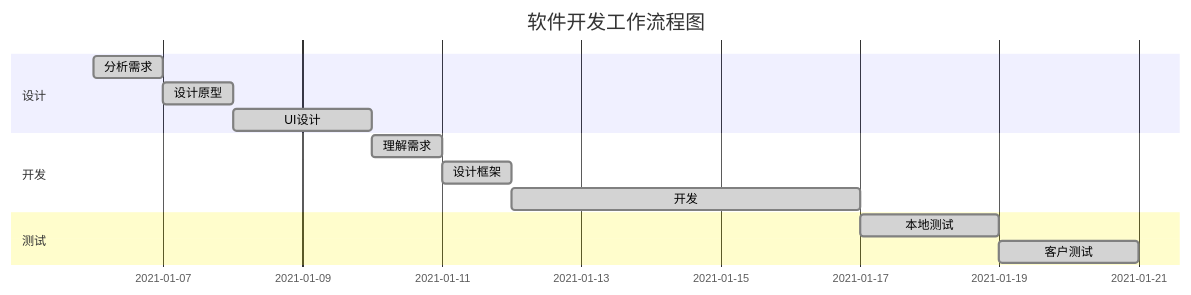
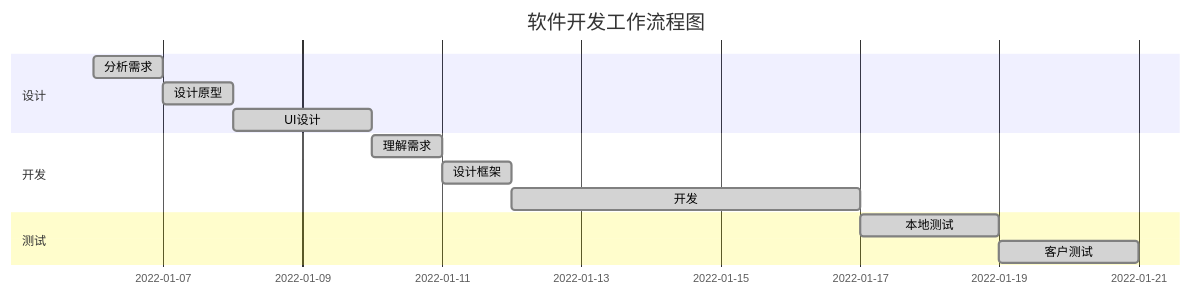
The fifth of 5 diagrams in 笔记/Markdown语法.md (wly130/notes), drawn with Mermaid before and after one commit. The commit also changed 16 other files, not shown here.

````diff
--- a/笔记/Markdown语法.md
+++ b/笔记/Markdown语法.md
@@ -179,19 +179,19 @@
 ```mermaid
 gantt
 	dateFormat  YYYY-MM-DD
 	title 软件开发工作流程图
 
 	section 设计
-	分析需求:done,des1, 2021-01-06,1d
+	分析需求:done,des1, 2022-01-06,1d
 	设计原型:done,des2, after des1, 1d
 	UI设计:done,des3, after des2, 2d
 
 	section 开发
 	理解需求:done,des4, after des3, 1d
 	设计框架:done, des5, after des4, 1d
 	开发:done, des6, after des5, 5d
 
 	section 测试
 	本地测试:done, des7,after des6, 2d
 	客户测试:done,des8,after des7, 2d
 ```
````
